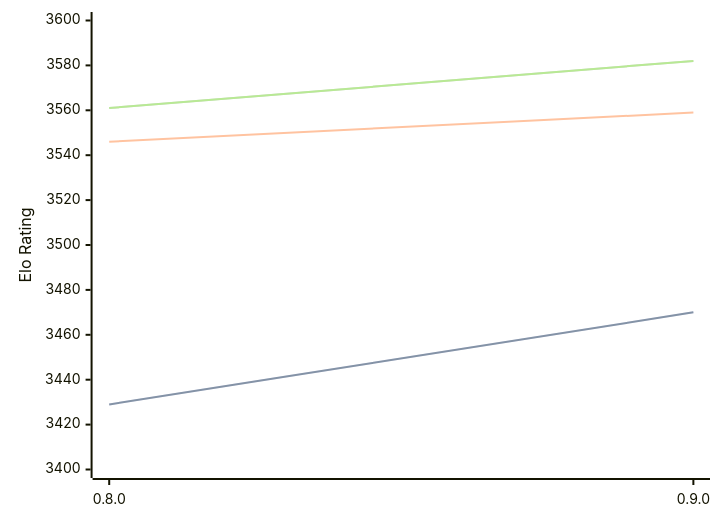
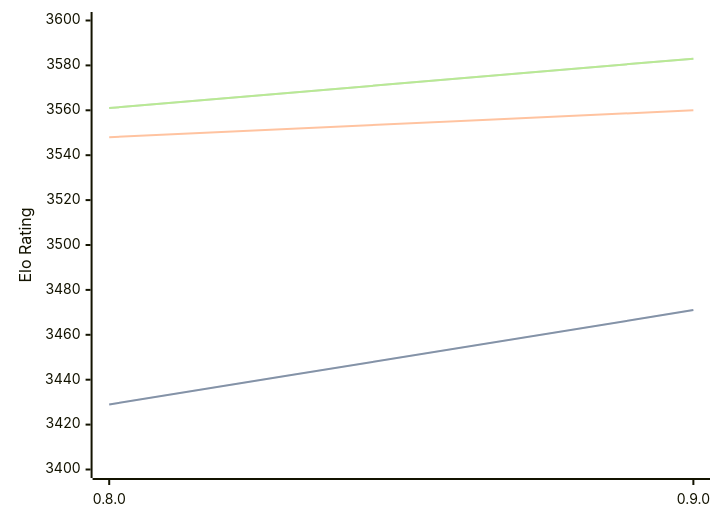
One commit to computer-chess-index/cci changed the diagram in engines/Reckless.md. Above: the diagram before and after it, drawn with Mermaid. The commit also changed other lines of this file, not shown here.

Commit message:
Update CCI Ratings (ELO VLTC) - 2026-07-23

````diff
--- a/engines/Reckless.md
+++ b/engines/Reckless.md
@@ -39,11 +39,11 @@
 ```mermaid
 %%{init: {"theme":"base","themeVariables":{"seriesColors:['#a3a3a3','#222221','#faa371']}}}%%
 xychart-beta
   x-axis ["0.8.0", "0.9.0"]
   y-axis "Elo Rating" 3400 --> 3600
-  line "STC (8.0+0.08s)" [3429, 3470]
-  line "STC (8.0+0.08s)" [3429, 3470]
-  line "LTC (60.0+0.60s)" [3546, 3559]
-  line "VLTC (2m24s+1.12s)" [3561, 3582]
-  line "VLTC (2m24s+1.12s)" [3561, 3582]
+  line "STC (8.0+0.08s)" [3429, 3471]
+  line "STC (8.0+0.08s)" [3429, 3471]
+  line "LTC (60.0+0.60s)" [3548, 3560]
+  line "VLTC (2m24s+1.12s)" [3561, 3583]
+  line "VLTC (2m24s+1.12s)" [3561, 3583]
 ```
````
